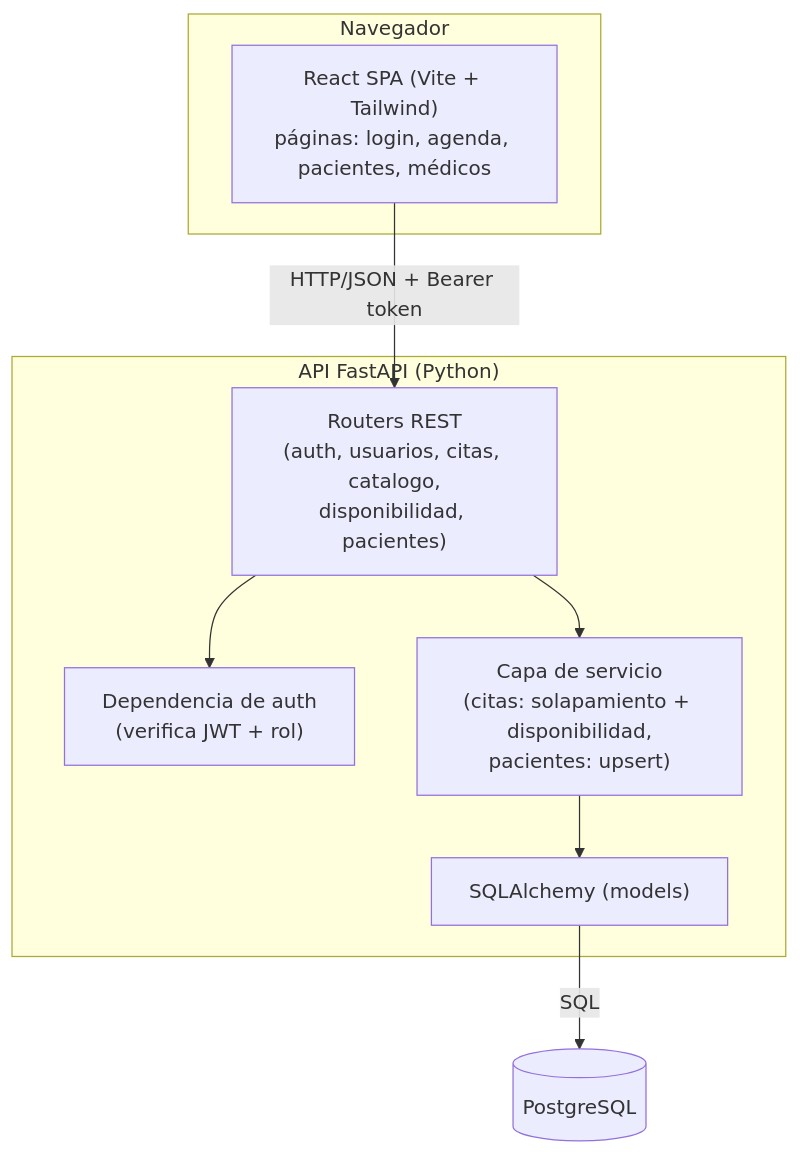
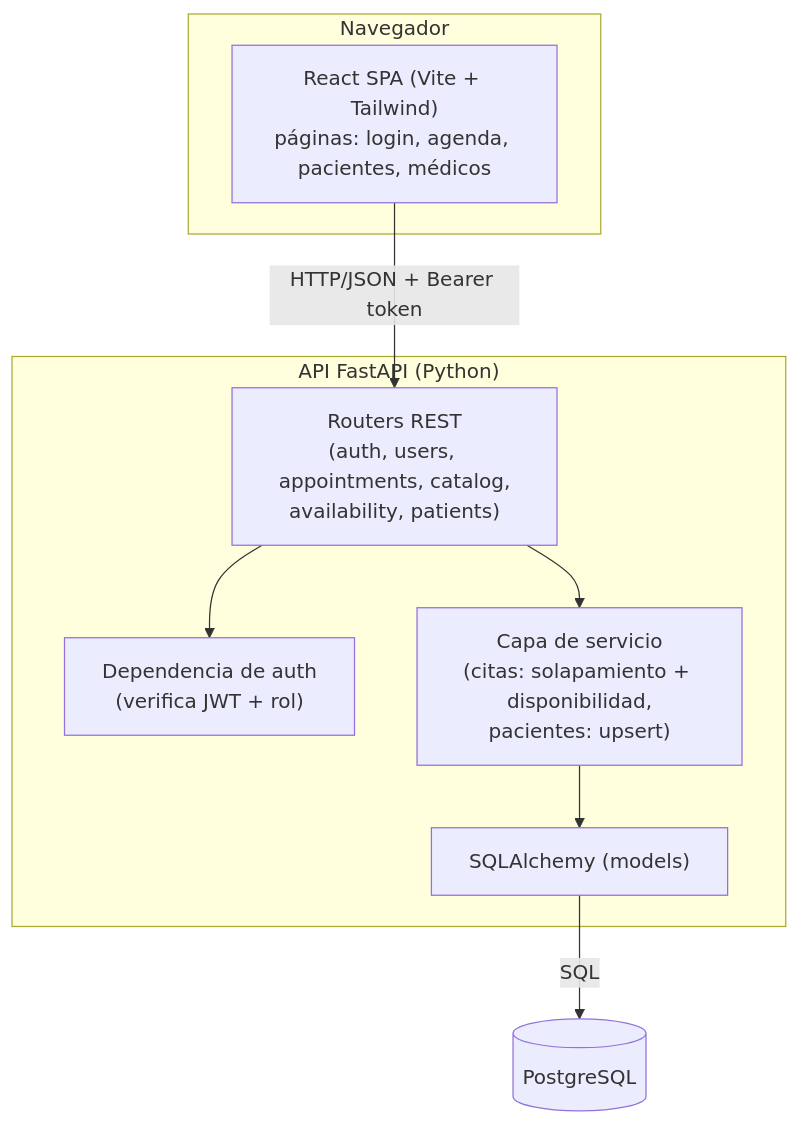
One commit to DhanaCorredor/diagnostico-backend changed the diagram in docs/ARQUITECTURA.md. Above: the diagram before and after it, drawn with Mermaid. The commit also changed 7 other files, not shown here.

````diff
--- a/docs/ARQUITECTURA.md
+++ b/docs/ARQUITECTURA.md
@@ -16,21 +16,21 @@
 ```mermaid
 flowchart TD
     subgraph Cliente["Navegador"]
         UI["React SPA (Vite + Tailwind)<br/>páginas: login, agenda, pacientes, médicos"]
     end
 
     subgraph Backend["API FastAPI (Python)"]
-        ROUTERS["Routers REST<br/>(auth, usuarios, citas, catalogo,<br/>disponibilidad, pacientes)"]
+        ROUTERS["Routers REST<br/>(auth, users, appointments, catalog,<br/>availability, patients)"]
         AUTHDEP["Dependencia de auth<br/>(verifica JWT + rol)"]
         SERV["Capa de servicio<br/>(citas: solapamiento + disponibilidad,<br/>pacientes: upsert)"]
         ORM["SQLAlchemy (models)"]
     end
 
     DB[("PostgreSQL")]
 
     UI -->|"HTTP/JSON + Bearer token"| ROUTERS
     ROUTERS --> AUTHDEP
     ROUTERS --> SERV
     SERV --> ORM
     ORM -->|SQL| DB
 ```
````
